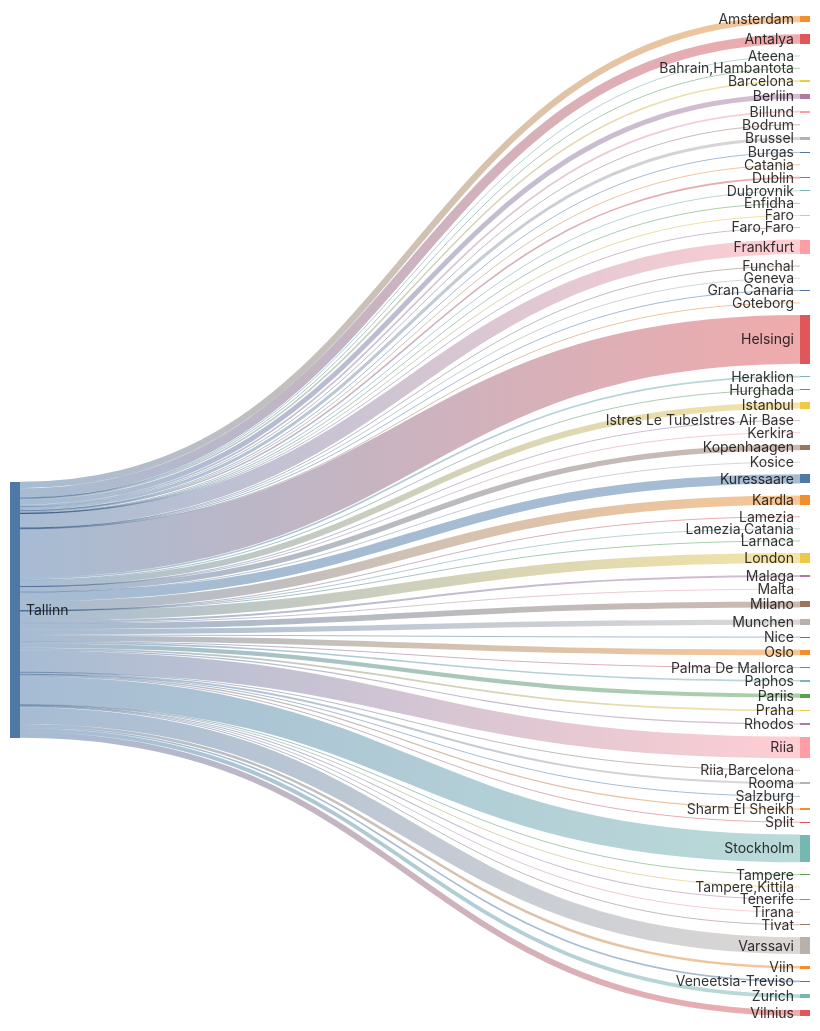
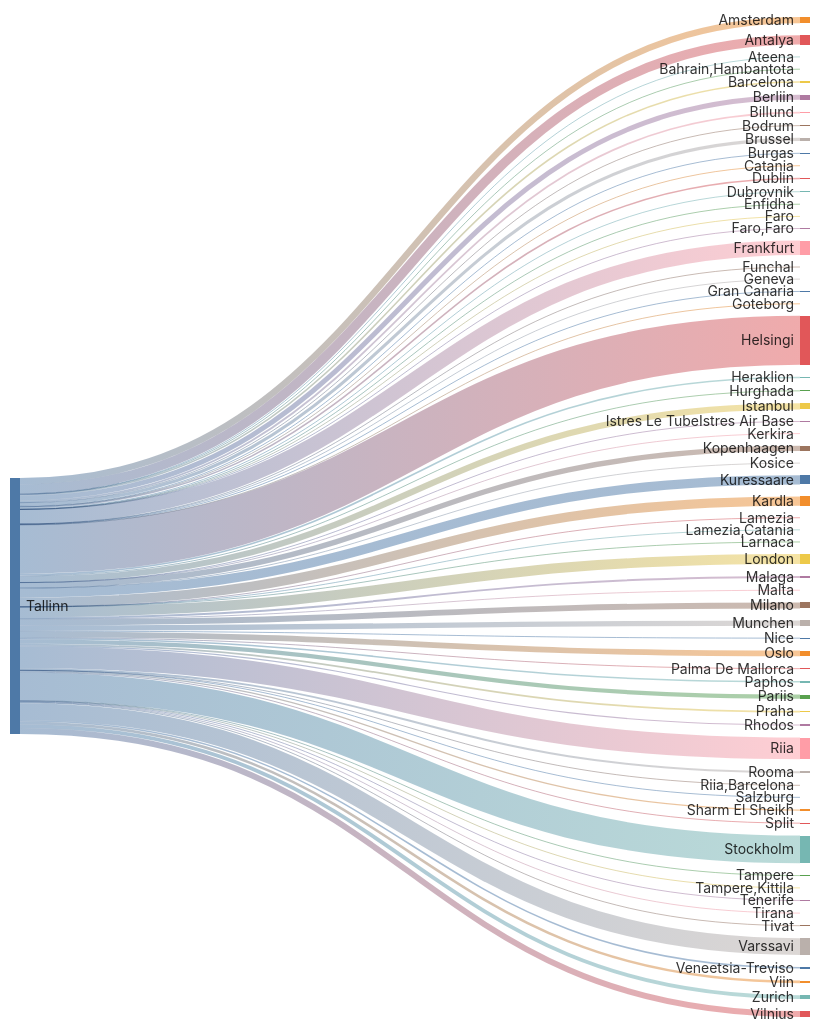
The second of 2 diagrams in README.md (rainermesi/tll-airport-departures), drawn with Mermaid before and after one commit. The commit also changed other lines of this file, not shown here.

````diff
--- a/README.md
+++ b/README.md
@@ -34,76 +34,76 @@
 ```mermaid
 ---
 config:
   sankey:
     showValues: false
     width: 800
     height: 1000
 ---
 sankey-beta
 %% source,target,value
-Tallinn,Amsterdam,178
+Tallinn,Amsterdam,179
 Tallinn,Antalya,261
 Tallinn,Ateena,16
 Tallinn,"Bahrain,Hambantota",1
 Tallinn,Barcelona,43
 Tallinn,Berliin,139
 Tallinn,Billund,49
 Tallinn,Bodrum,11
 Tallinn,Brussel,87
 Tallinn,Burgas,21
 Tallinn,Catania,2
 Tallinn,Dublin,44
 Tallinn,Dubrovnik,21
 Tallinn,Enfidha,7
 Tallinn,Faro,4
 Tallinn,"Faro,Faro",1
-Tallinn,Frankfurt,402
+Tallinn,Frankfurt,404
 Tallinn,Funchal,5
 Tallinn,Geneva,1
 Tallinn,Gran Canaria,19
 Tallinn,Goteborg,1
-Tallinn,Helsingi,1365
+Tallinn,Helsingi,1371
 Tallinn,Heraklion,46
 Tallinn,Hurghada,27
-Tallinn,Istanbul,171
+Tallinn,Istanbul,172
 Tallinn,Istres Le TubeIstres Air Base,2
 Tallinn,Kerkira,4
-Tallinn,Kopenhaagen,151
+Tallinn,Kopenhaagen,152
 Tallinn,Kosice,1
-Tallinn,Kuressaare,259
-Tallinn,Kardla,259
+Tallinn,Kuressaare,261
+Tallinn,Kardla,261
 Tallinn,Lamezia,1
 Tallinn,"Lamezia,Catania",3
 Tallinn,Larnaca,4
-Tallinn,London,277
+Tallinn,London,279
 Tallinn,Malaga,55
 Tallinn,Malta,15
-Tallinn,Milano,166
+Tallinn,Milano,167
 Tallinn,Munchen,148
 Tallinn,Nice,25
 Tallinn,Oslo,160
 Tallinn,Palma De Mallorca,19
 Tallinn,Paphos,43
 Tallinn,Pariis,117
 Tallinn,Praha,49
 Tallinn,Rhodos,32
-Tallinn,Riia,605
+Tallinn,Riia,609
 Tallinn,"Riia,Barcelona",1
 Tallinn,Rooma,56
 Tallinn,Salzburg,2
-Tallinn,Sharm El Sheikh,36
+Tallinn,Sharm El Sheikh,37
 Tallinn,Split,25
-Tallinn,Stockholm,775
+Tallinn,Stockholm,776
 Tallinn,Tampere,17
 Tallinn,"Tampere,Kittila",2
 Tallinn,Tenerife,28
 Tallinn,Tirana,8
 Tallinn,Tivat,26
-Tallinn,Varssavi,469
+Tallinn,Varssavi,472
 Tallinn,Veneetsia-Treviso,44
-Tallinn,Viin,71
-Tallinn,Vilnius,165
+Tallinn,Viin,72
+Tallinn,Vilnius,166
 Tallinn,Zurich,108
 
 
 ```
````
